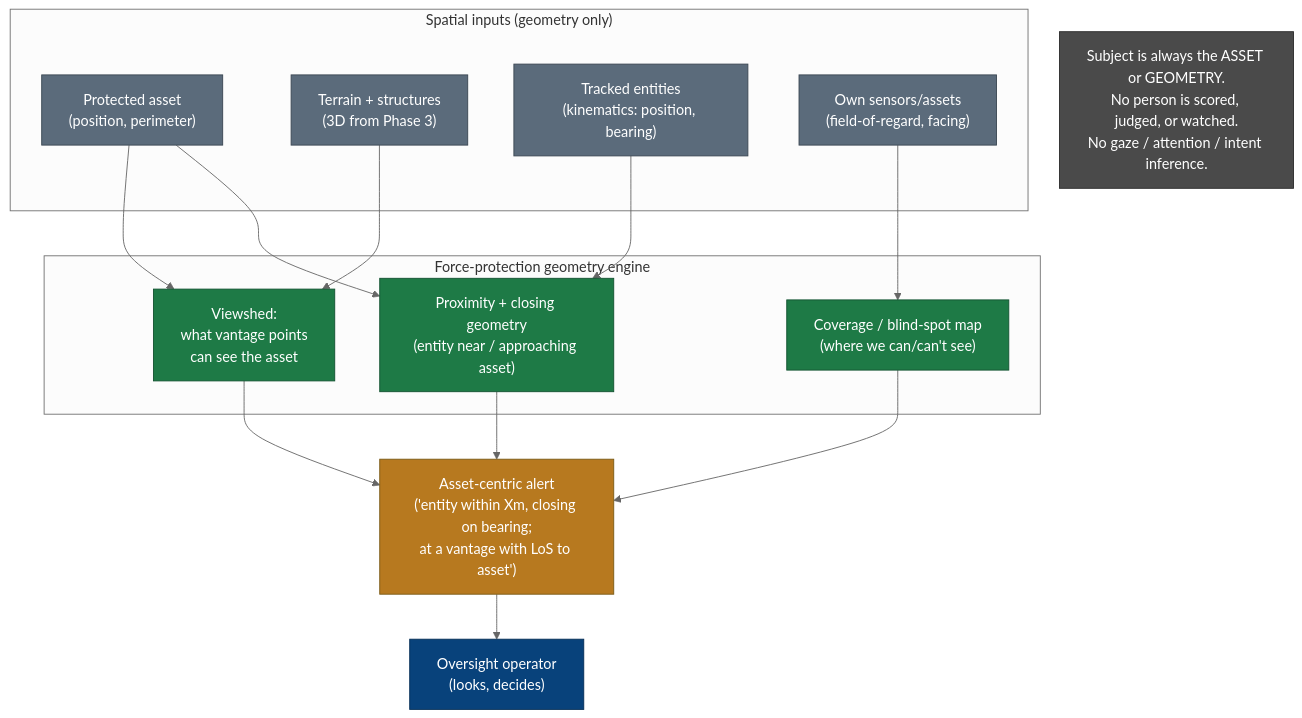
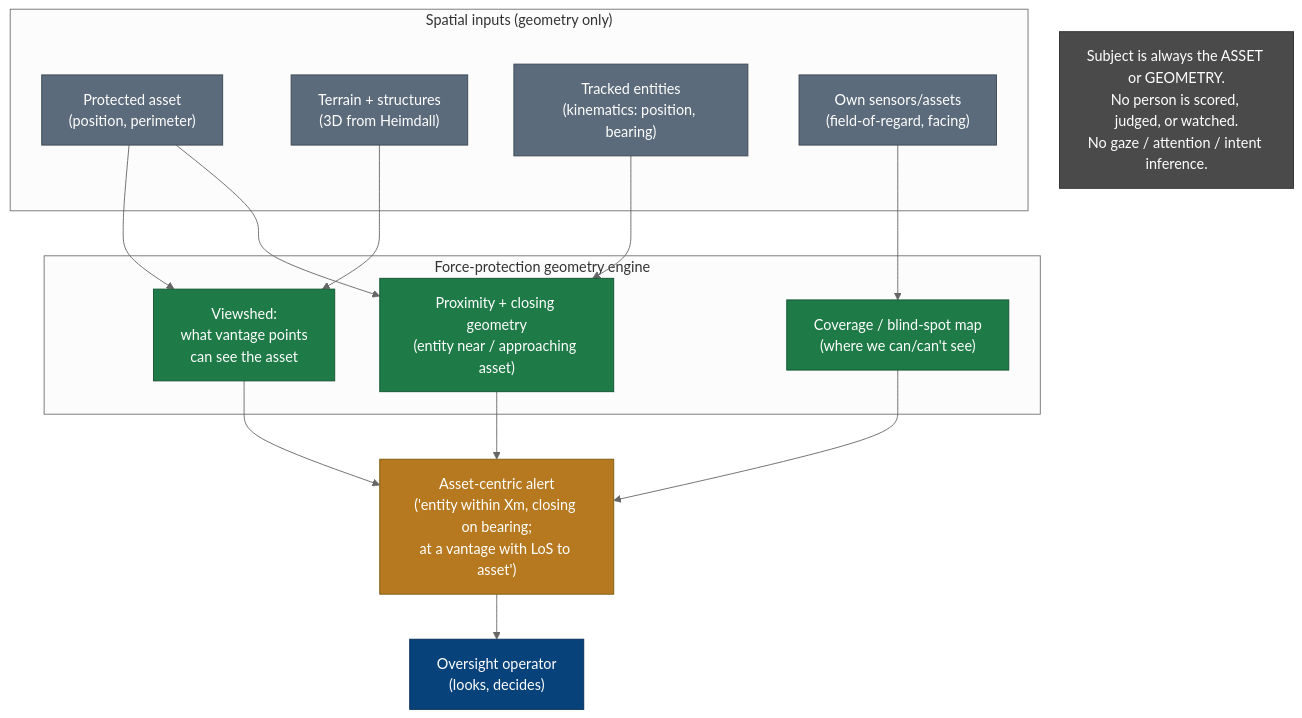
Before and after one commit to veldris-ltd/midgard-app: the diagram in docs/dev/diagrams/fs_forceprotect.mmd, drawn with Mermaid. The commit also changed 11 other files, not shown here.

```diff
--- a/docs/dev/diagrams/fs_forceprotect.mmd
+++ b/docs/dev/diagrams/fs_forceprotect.mmd
@@ -1,30 +1,30 @@
 %%{init: {'theme':'neutral'}}%%
 flowchart TB
     subgraph inputs["Spatial inputs (geometry only)"]
         asset["Protected asset\n(position, perimeter)"]:::in
-        terrain["Terrain + structures\n(3D from Phase 3)"]:::in
+        terrain["Terrain + structures\n(3D from Heimdall)"]:::in
         tracks["Tracked entities\n(kinematics: position, bearing)"]:::in
         sensors["Own sensors/assets\n(field-of-regard, facing)"]:::in
     end
     subgraph fp["Force-protection geometry engine"]
         viewshed["Viewshed:\nwhat vantage points\ncan see the asset"]:::sent
         prox["Proximity + closing geometry\n(entity near / approaching asset)"]:::sent
         coverage["Coverage / blind-spot map\n(where we can/can't see)"]:::sent
     end
     alert["Asset-centric alert\n('entity within Xm, closing on bearing;\nat a vantage with LoS to asset')"]:::warn
     op["Oversight operator\n(looks, decides)"]:::human
     note["Subject is always the ASSET or GEOMETRY.\nNo person is scored, judged, or watched.\nNo gaze / attention / intent inference."]:::note
     asset --> viewshed
     terrain --> viewshed
     tracks --> prox
     sensors --> coverage
     asset --> prox
     viewshed --> alert
     prox --> alert
     coverage --> alert
     alert --> op
     classDef in fill:#5B6B7B,color:#fff,stroke:#3A4652
     classDef sent fill:#1E7A46,color:#fff,stroke:#125230
     classDef warn fill:#B7791F,color:#fff,stroke:#7A5A15
     classDef human fill:#08427B,color:#fff,stroke:#052E56
     classDef note fill:#4A4A4A,color:#fff,stroke:#2A2A2A
```
